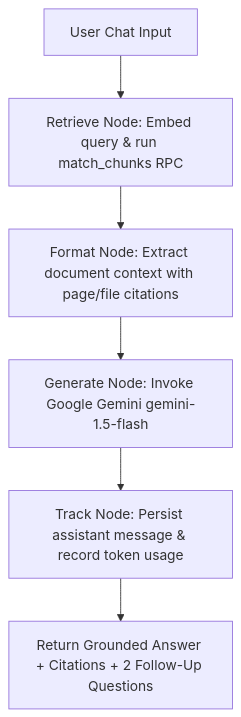
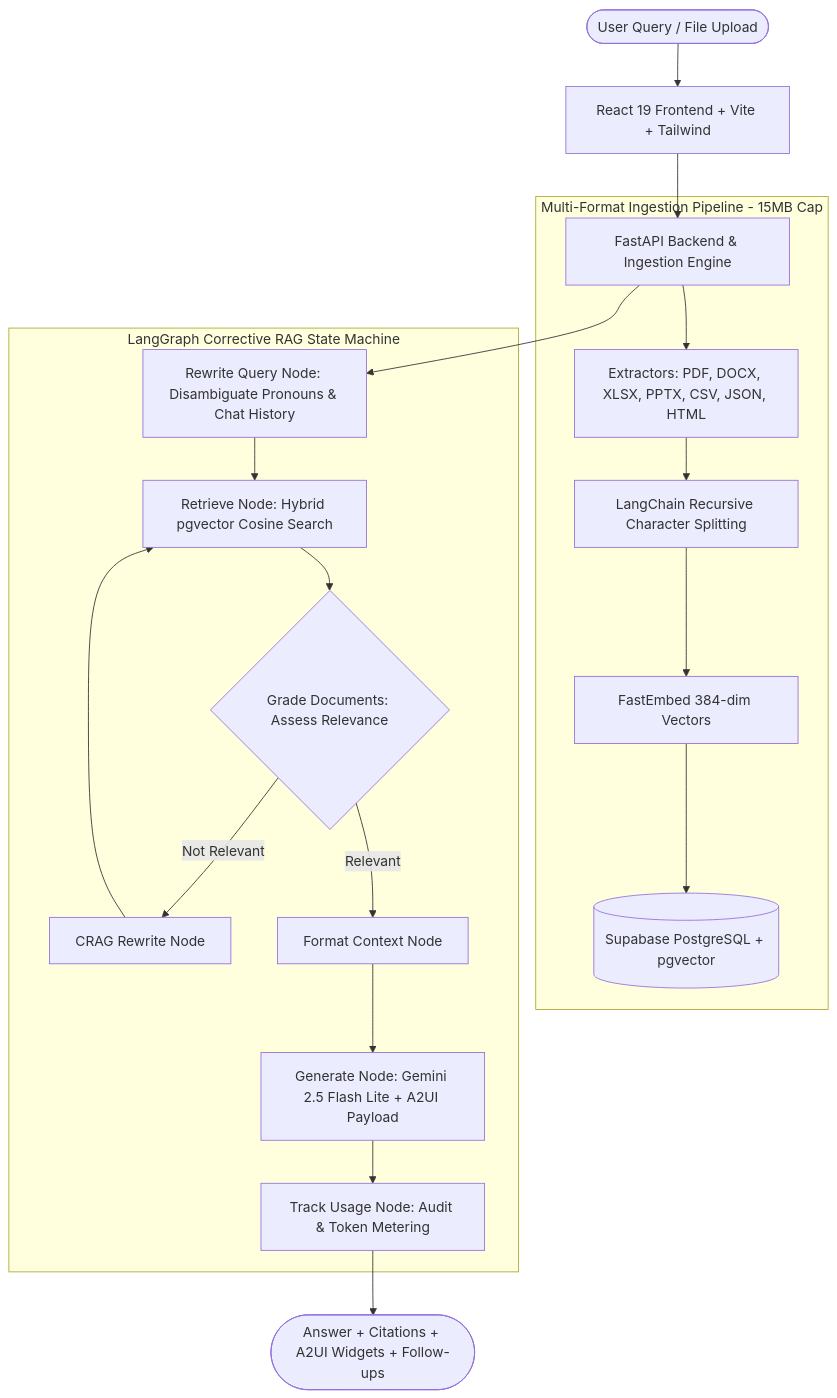
The diagram in README.md (madalapranavsai/RAG1), drawn with Mermaid before and after one commit. The commit also changed other lines of this file, not shown here.

Commit message:
docs: update README with RAG Triad metrics, CRAG architecture, A2UI, and multi-format ingestion

````diff
--- a/README.md
+++ b/README.md
@@ -29,8 +11,25 @@
 ```mermaid
 flowchart TD
-    A[User Chat Input] --> B[Retrieve Node: Embed query & run match_chunks RPC]
-    B --> C[Format Node: Extract document context with page/file citations]
-    C --> D[Generate Node: Invoke Google Gemini gemini-1.5-flash]
-    D --> E[Track Node: Persist assistant message & record token usage]
-    E --> F[Return Grounded Answer + Citations + 2 Follow-Up Questions]
+    User([User Query / File Upload]) --> UI[React 19 Frontend + Vite + Tailwind]
+    UI --> API[FastAPI Backend & Ingestion Engine]
+    
+    subgraph Ingestion [Multi-Format Ingestion Pipeline - 15MB Cap]
+        API --> Extractor[Extractors: PDF, DOCX, XLSX, PPTX, CSV, JSON, HTML]
+        Extractor --> Chunker[LangChain Recursive Character Splitting]
+        Chunker --> Embedder[FastEmbed 384-dim Vectors]
+        Embedder --> VectorDB[(Supabase PostgreSQL + pgvector)]
+    end
+
+    subgraph StateGraph [LangGraph Corrective RAG State Machine]
+        API --> QNode[Rewrite Query Node: Disambiguate Pronouns & Chat History]
+        QNode --> RetNode[Retrieve Node: Hybrid pgvector Cosine Search]
+        RetNode --> GradeNode{Grade Documents: Assess Relevance}
+        GradeNode -- Not Relevant --> TransformNode[CRAG Rewrite Node]
+        TransformNode --> RetNode
+        GradeNode -- Relevant --> FmtNode[Format Context Node]
+        FmtNode --> GenNode[Generate Node: Gemini 2.5 Flash Lite + A2UI Payload]
+        GenNode --> TrackNode[Track Usage Node: Audit & Token Metering]
+    end
+
+    TrackNode --> Output([Answer + Citations + A2UI Widgets + Follow-ups])
 ```
````
